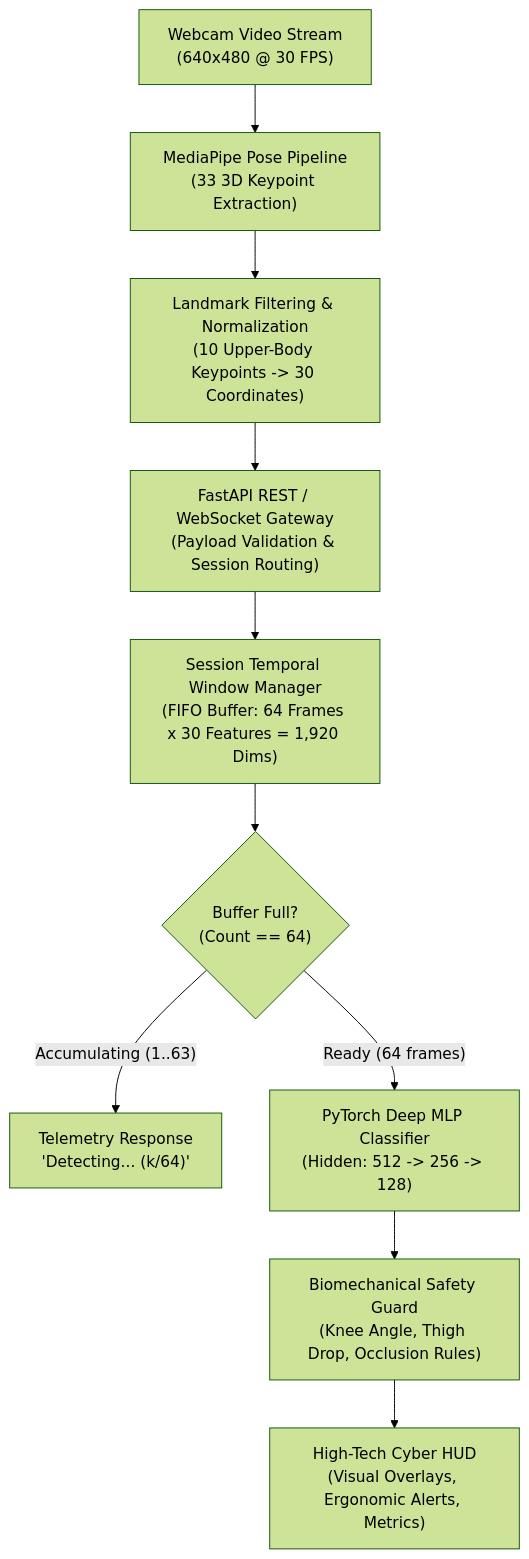
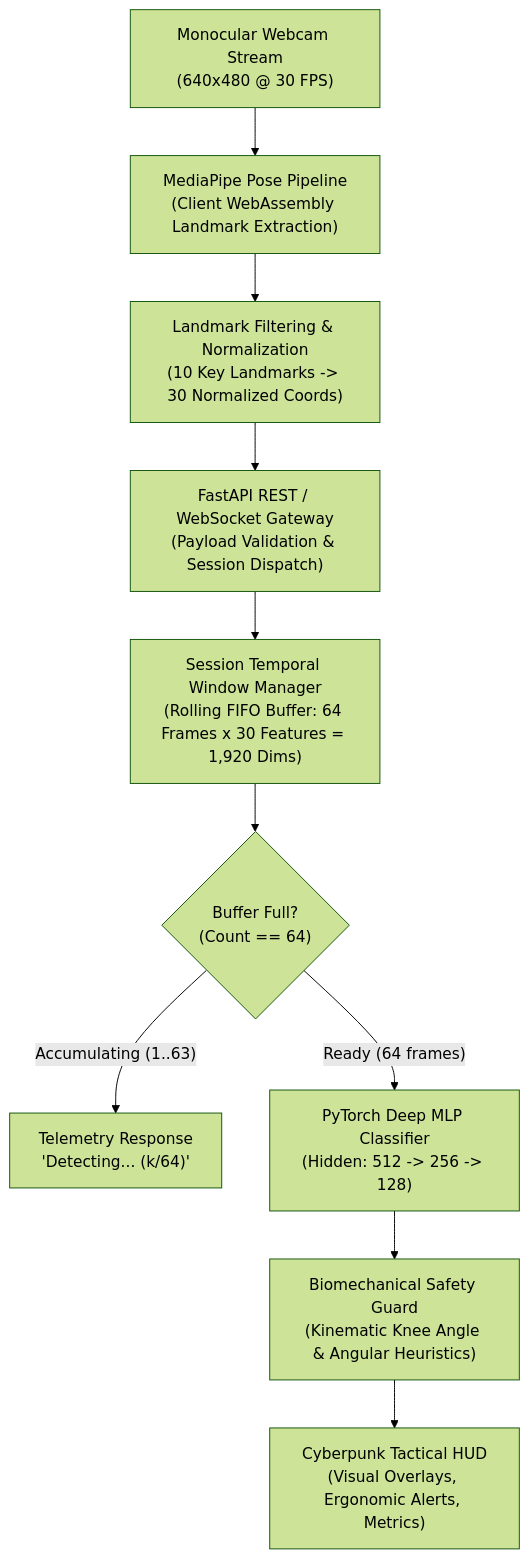
One commit to mnp210/HAR-Posture-Recognition-Showcase changed the diagram in README.md. Above: the diagram before and after it, drawn with Mermaid (forest theme). The commit also changed other lines of this file and 7 other files, not shown here.

````diff
--- a/README.md
+++ b/README.md
@@ -42,12 +43,12 @@
 ```mermaid
 flowchart TD
-    A["Webcam Video Stream\n(640x480 @ 30 FPS)"] --> B["MediaPipe Pose Pipeline\n(33 3D Keypoint Extraction)"]
-    B --> C["Landmark Filtering & Normalization\n(10 Upper-Body Keypoints -> 30 Coordinates)"]
-    C --> D["FastAPI REST / WebSocket Gateway\n(Payload Validation & Session Routing)"]
-    D --> E["Session Temporal Window Manager\n(FIFO Buffer: 64 Frames x 30 Features = 1,920 Dims)"]
+    A["Monocular Webcam Stream\n(640x480 @ 30 FPS)"] --> B["MediaPipe Pose Pipeline\n(Client WebAssembly Landmark Extraction)"]
+    B --> C["Landmark Filtering & Normalization\n(10 Key Landmarks -> 30 Normalized Coords)"]
+    C --> D["FastAPI REST / WebSocket Gateway\n(Payload Validation & Session Dispatch)"]
+    D --> E["Session Temporal Window Manager\n(Rolling FIFO Buffer: 64 Frames x 30 Features = 1,920 Dims)"]
     E --> F{"Buffer Full?\n(Count == 64)"}
     F -- "Accumulating (1..63)" --> G["Telemetry Response\n'Detecting... (k/64)'"]
     F -- "Ready (64 frames)" --> H["PyTorch Deep MLP Classifier\n(Hidden: 512 -> 256 -> 128)"]
-    H --> I["Biomechanical Safety Guard\n(Knee Angle, Thigh Drop, Occlusion Rules)"]
-    I --> J["High-Tech Cyber HUD\n(Visual Overlays, Ergonomic Alerts, Metrics)"]
+    H --> I["Biomechanical Safety Guard\n(Kinematic Knee Angle & Angular Heuristics)"]
+    I --> J["Cyberpunk Tactical HUD\n(Visual Overlays, Ergonomic Alerts, Metrics)"]
 ```
````
